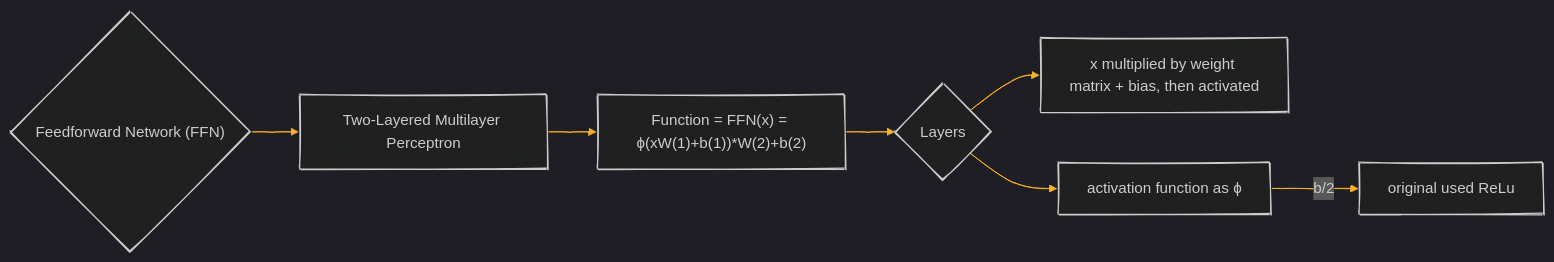
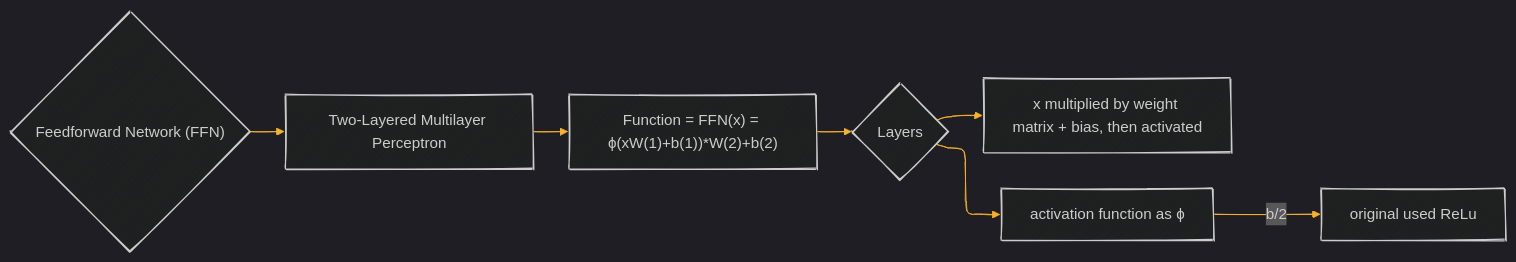
One commit to CongLeSolutionX/Synthetic-Zooniverse changed the seventh of 16 diagrams in Transformers/Transformer_Draft_1.md. Above: the diagram before and after it, drawn with Mermaid. The commit also changed other lines of this file and 3 other files, not shown here.

````diff
--- a/Transformers/Transformer_Draft_1.md
+++ b/Transformers/Transformer_Draft_1.md
@@ -252,27 +258,28 @@
 ```mermaid
 %%{
   init: {
     'theme': 'dark',
-     'look': 'handDrawn',
+    'layout': 'elk',
+    'look': 'handDrawn',
     'fontFamily': 'verdana',
     'themeVariables': {
       'primaryColor': '#BB2528',
       'primaryTextColor': '#fff',
       'primaryBorderColor': '#7C0000',
       'lineColor': '#F8B229',
       'secondaryColor': '#006100',
       'tertiaryColor': '#fff'
     }
   }
 }%%
 graph LR
     A{"Feedforward Network (FFN)"} --> B[Two-Layered Multilayer Perceptron];
     B --> C["Function = FFN(x) = ϕ(xW(1)+b(1))*W(2)+b(2)"];
     C --> D{Layers};
     D --> D1[x multiplied by weight matrix + bias, then activated];
     D --> D2[activation function as ϕ];
     
     D2 --b/2--> D3[original used ReLu];
 
     classDef detail fill:#f9f,stroke:#333,stroke-width:2px
 ```
````
